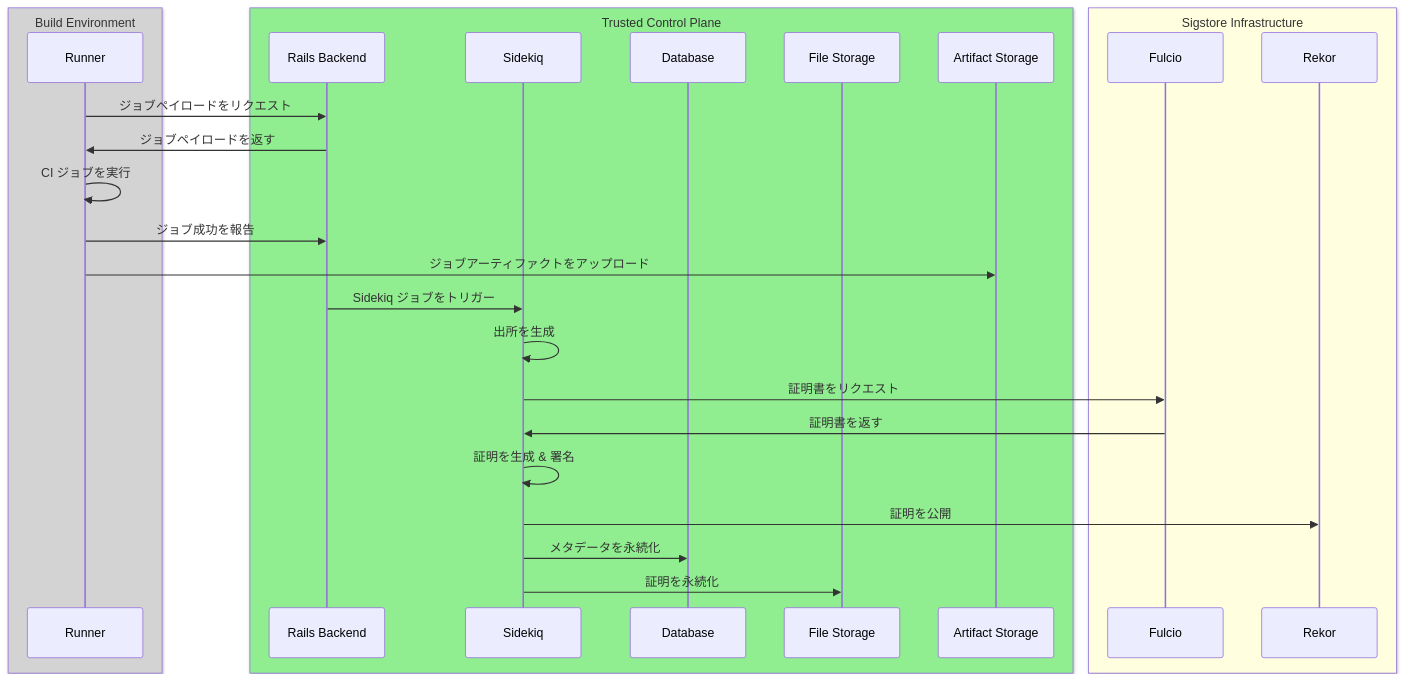
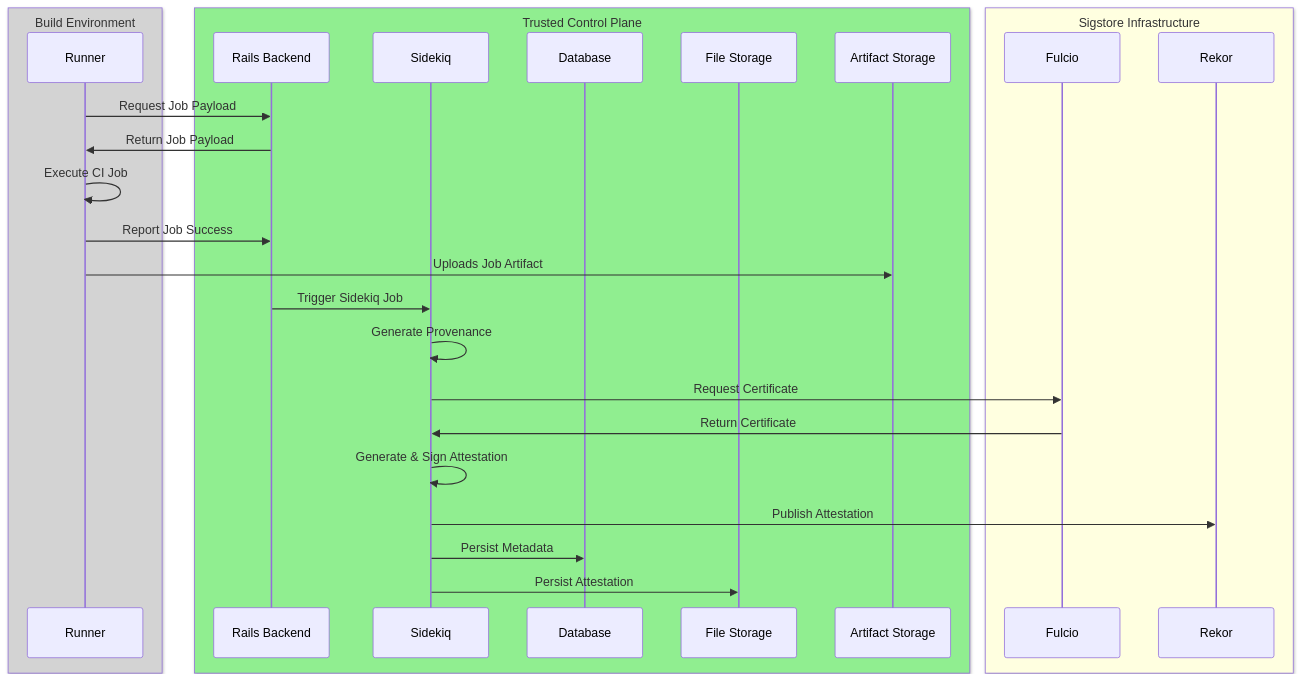
Before and after one commit to kyama0/gitlab-handbook-ja: the first of 2 diagrams in content/handbook/engineering/architecture/design-documents/slsa_level_3/_index.md, drawn with Mermaid. The commit also changed other lines of this file and 3 other files, not shown here.

````diff
--- a/content/handbook/engineering/architecture/design-documents/slsa_level_3/_index.md
+++ b/content/handbook/engineering/architecture/design-documents/slsa_level_3/_index.md
@@ -89,31 +89,31 @@
 ```mermaid
 sequenceDiagram
   box LightGrey Build Environment
     participant Runner
   end
   box LightGreen Trusted Control Plane
     participant Rails Backend
     participant Sidekiq
     participant Database
     participant File Storage
     participant Artifact Storage
   end
   box LightYellow Sigstore Infrastructure
     participant Fulcio
     participant Rekor
   end
 
-  Runner ->> Rails Backend: ジョブペイロードをリクエスト
-  Rails Backend ->> Runner: ジョブペイロードを返す
-  Runner ->> Runner: CI ジョブを実行
-  Runner ->> Rails Backend: ジョブ成功を報告
-  Runner ->> Artifact Storage: ジョブアーティファクトをアップロード
-  Rails Backend ->> Sidekiq: Sidekiq ジョブをトリガー
-  Sidekiq ->> Sidekiq: 出所を生成
-  Sidekiq ->> Fulcio: 証明書をリクエスト
-  Fulcio ->> Sidekiq: 証明書を返す
-  Sidekiq ->> Sidekiq: 証明を生成 & 署名
-  Sidekiq ->> Rekor: 証明を公開
-  Sidekiq ->> Database: メタデータを永続化
-  Sidekiq ->> File Storage: 証明を永続化
+  Runner ->> Rails Backend: Request Job Payload
+  Rails Backend ->> Runner: Return Job Payload
+  Runner ->> Runner: Execute CI Job
+  Runner ->> Rails Backend: Report Job Success
+  Runner ->> Artifact Storage: Uploads Job Artifact
+  Rails Backend ->> Sidekiq: Trigger Sidekiq Job
+  Sidekiq ->> Sidekiq: Generate Provenance
+  Sidekiq ->> Fulcio: Request Certificate
+  Fulcio ->> Sidekiq: Return Certificate
+  Sidekiq ->> Sidekiq: Generate & Sign Attestation
+  Sidekiq ->> Rekor: Publish Attestation
+  Sidekiq ->> Database: Persist Metadata
+  Sidekiq ->> File Storage: Persist Attestation
 ```
````
